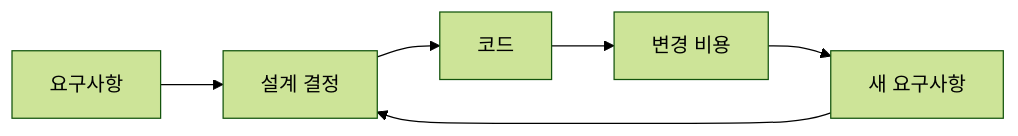
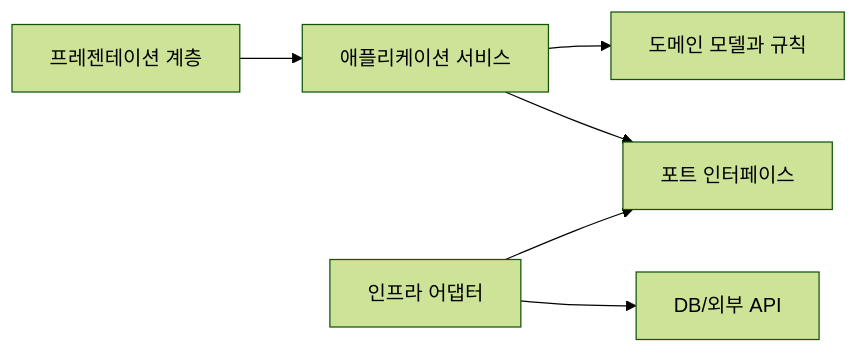
One commit to yeongseon-books/book-content changed the diagram in docs/ko/software-design-101/01-what-is-software-design.md. Above: the diagram before and after it, drawn with Mermaid (forest theme). The commit also changed other lines of this file and 4143 other files, not shown here.

````diff
--- a/docs/ko/software-design-101/01-what-is-software-design.md
+++ b/docs/ko/software-design-101/01-what-is-software-design.md
@@ -36,8 +225,8 @@
 ```mermaid
 flowchart LR
-    R["요구사항"] --> D["설계 결정"]
-    D --> C["코드"]
-    C --> M["변경 비용"]
-    M --> R2["새 요구사항"]
-    R2 --> D
+    UI["프레젠테이션 계층"] --> APP["애플리케이션 서비스"]
+    APP --> DOMAIN["도메인 모델과 규칙"]
+    APP --> PORT["포트 인터페이스"]
+    ADAPTER["인프라 어댑터"] --> PORT
+    ADAPTER --> EXT["DB/외부 API"]
 ```
````
